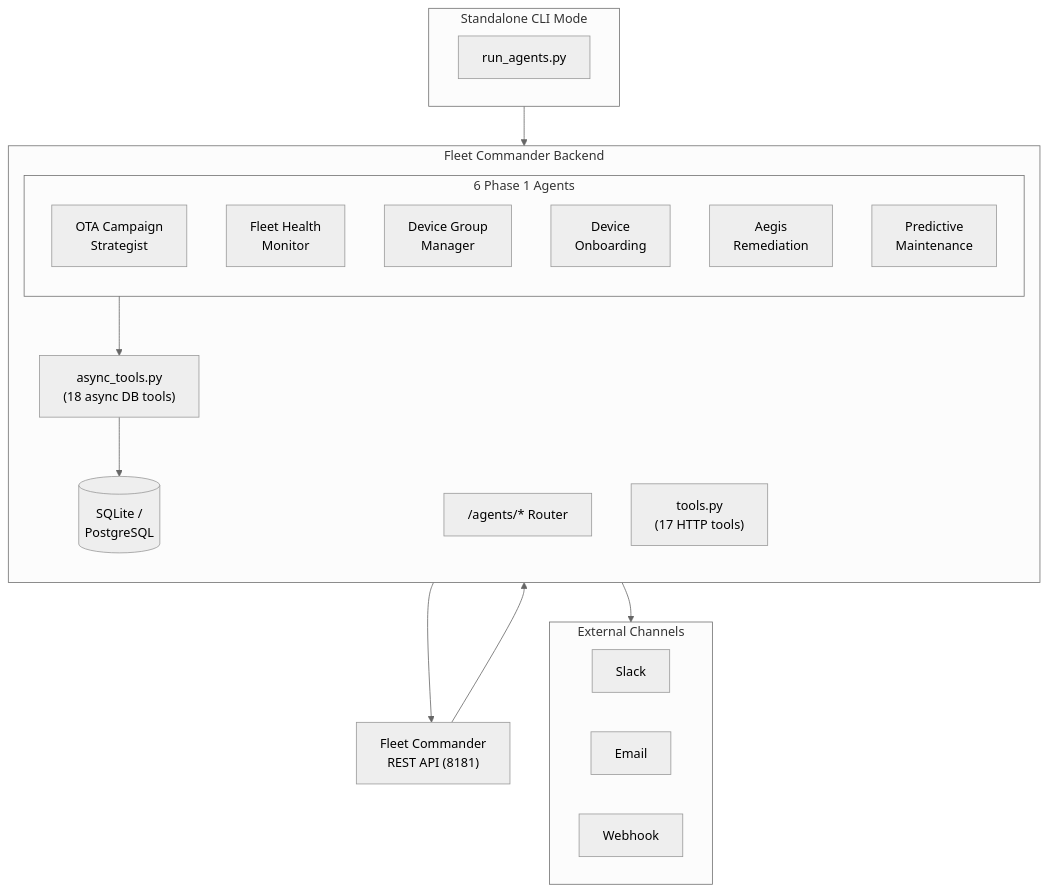
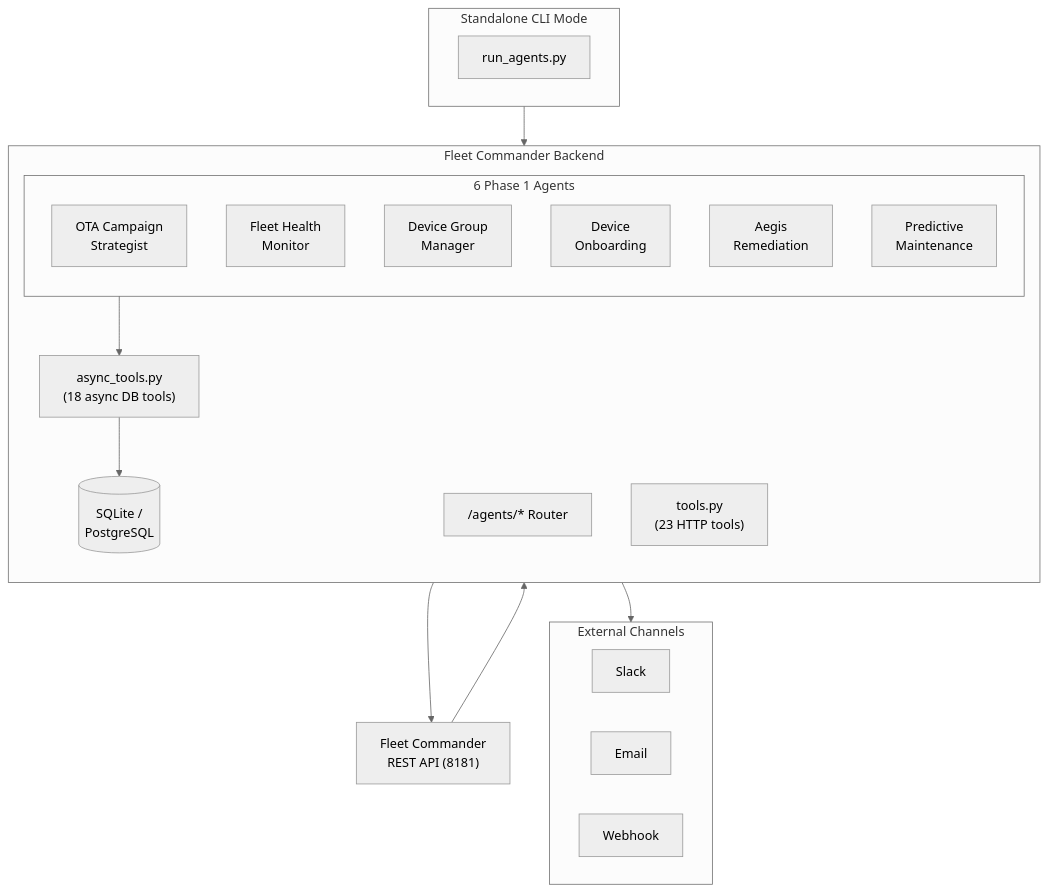
Before and after one commit to yevano09/fleet-management: the first of 8 diagrams in AI_AGENTS.md, drawn with Mermaid (neutral theme). The commit also changed other lines of this file and 14 other files, not shown here.

````diff
--- a/AI_AGENTS.md
+++ b/AI_AGENTS.md
@@ -92,36 +92,36 @@
 ```mermaid
 flowchart TD
     subgraph Backend["Fleet Commander Backend"]
         direction TB
         AR["/agents/* Router"]
         AT["async_tools.py<br/>(18 async DB tools)"]
-        HT["tools.py<br/>(17 HTTP tools)"]
+        HT["tools.py<br/>(23 HTTP tools)"]
         
         subgraph Agents["6 Phase 1 Agents"]
             OTA["OTA Campaign<br/>Strategist"]
             FH["Fleet Health<br/>Monitor"]
             DG["Device Group<br/>Manager"]
             OB["Device<br/>Onboarding"]
             AE["Aegis<br/>Remediation"]
             PM["Predictive<br/>Maintenance"]
         end
 
         Agents --> AT
         AT --> DB[("SQLite /<br/>PostgreSQL")]
     end
 
     subgraph CLI["Standalone CLI Mode"]
         RC["run_agents.py"]
     end
 
     CLI --> HT --> API["Fleet Commander<br/>REST API (8181)"]
     API --> Backend
 
     subgraph Ext["External Channels"]
         Slack
         Email
         Webhook
     end
 
     FH --> Ext
 ```
````
